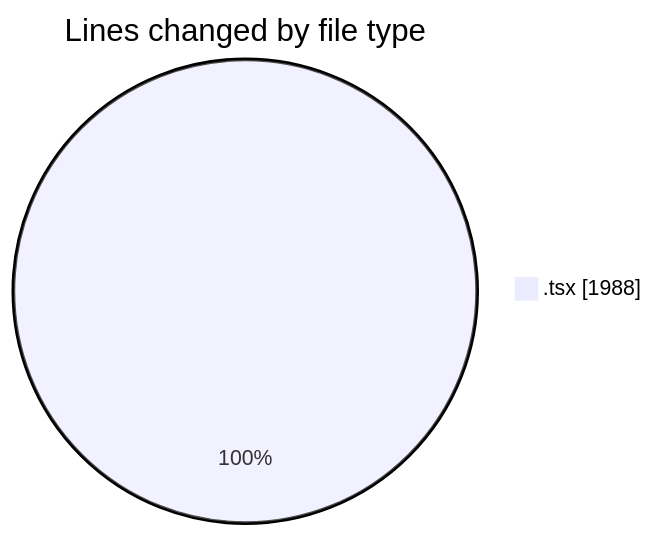
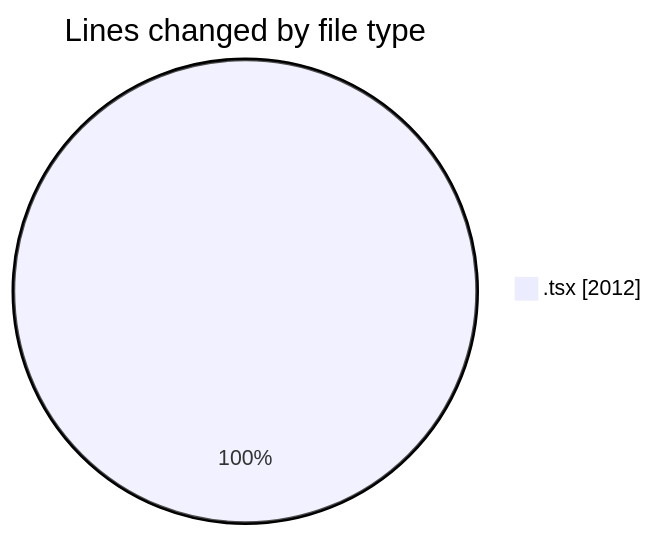
Before and after one commit to momahboobian/code-tracking: the first of 2 diagrams in 2025-06-12/cda/README.md, drawn with Mermaid. The commit also changed other lines of this file and 1 other file, not shown here.

````diff
--- a/2025-06-12/cda/README.md
+++ b/2025-06-12/cda/README.md
@@ -23,5 +23,5 @@
 ```mermaid
 pie showData
 title Lines changed by file type
-".tsx" : 1988
+".tsx" : 2012
 ```
````
